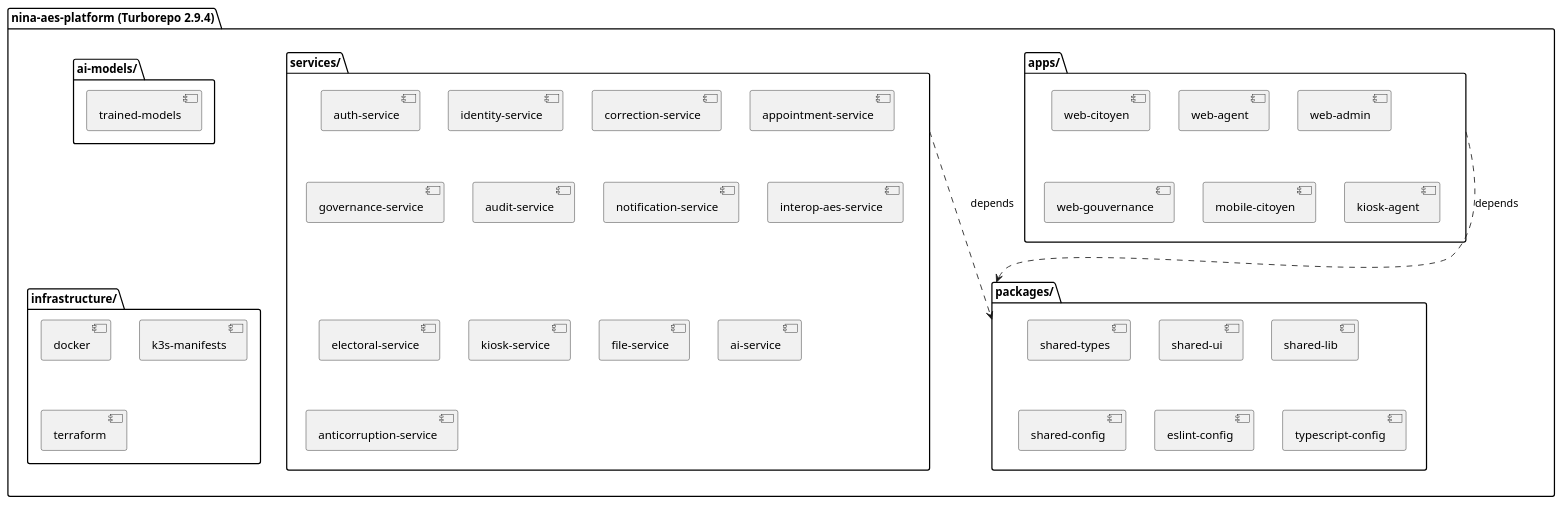
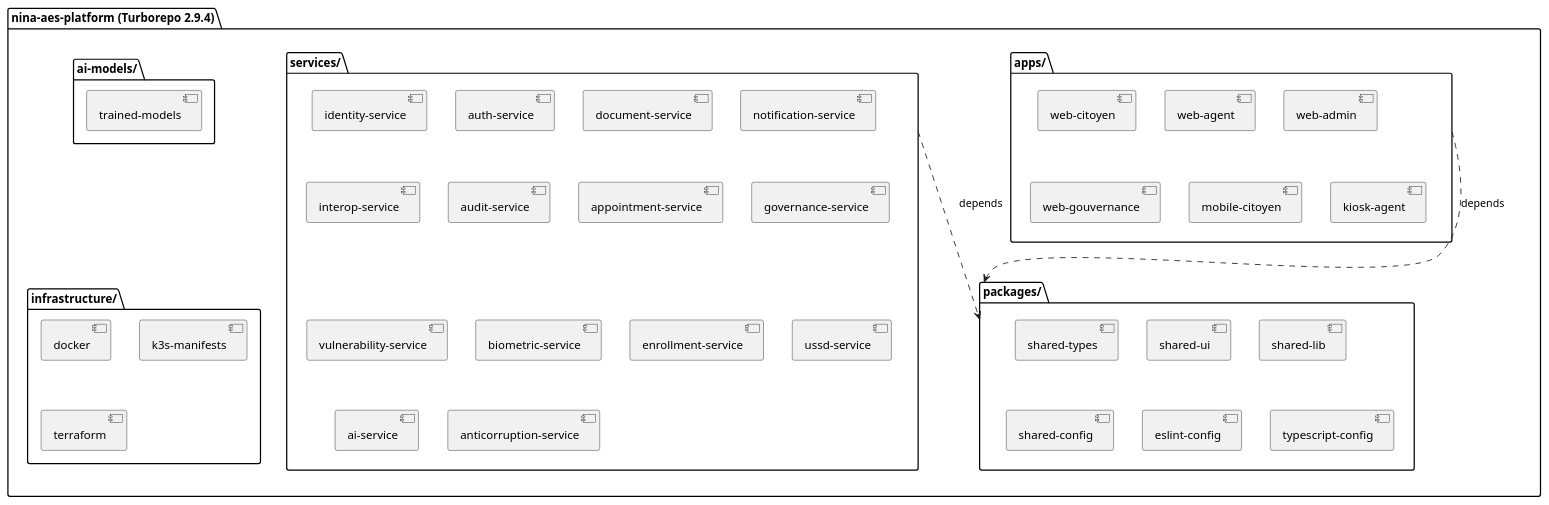
The tenth of 40 diagrams in docs/diagrams/99-DIAGRAMMES-PLANTUML.md (TheManInPink/Session-Ete-2026), drawn with PlantUML before and after one commit. The commit also changed other lines of this file and 1 other file, not shown here.

First line of the commit message:
docs: éliminer les services fictifs résiduels des diagrammes (catalogue 99)

````diff
--- a/docs/diagrams/99-DIAGRAMMES-PLANTUML.md
+++ b/docs/diagrams/99-DIAGRAMMES-PLANTUML.md
@@ -695,50 +694,51 @@
 ```plantuml
 @startuml
 skinparam packageStyle folder
 
 package "nina-aes-platform (Turborepo 2.9.4)" {
   package "apps/" {
     [web-citoyen]
     [web-agent]
     [web-admin]
     [web-gouvernance]
     [mobile-citoyen]
     [kiosk-agent]
   }
   package "services/" {
+    [identity-service]
     [auth-service]
-    [identity-service]
-    [correction-service]
+    [document-service]
+    [notification-service]
+    [interop-service]
+    [audit-service]
     [appointment-service]
     [governance-service]
-    [audit-service]
-    [notification-service]
-    [interop-aes-service]
-    [electoral-service]
-    [kiosk-service]
-    [file-service]
+    [vulnerability-service]
+    [biometric-service]
+    [enrollment-service]
+    [ussd-service]
     [ai-service]
     [anticorruption-service]
   }
   package "packages/" {
     [shared-types]
     [shared-ui]
     [shared-lib]
     [shared-config]
     [eslint-config]
     [typescript-config]
   }
   package "infrastructure/" {
     [docker]
     [k3s-manifests]
     [terraform]
   }
   package "ai-models/" {
     [trained-models]
   }
 }
 
 "apps/" ..> "packages/" : depends
 "services/" ..> "packages/" : depends
 @enduml
 ```
````
